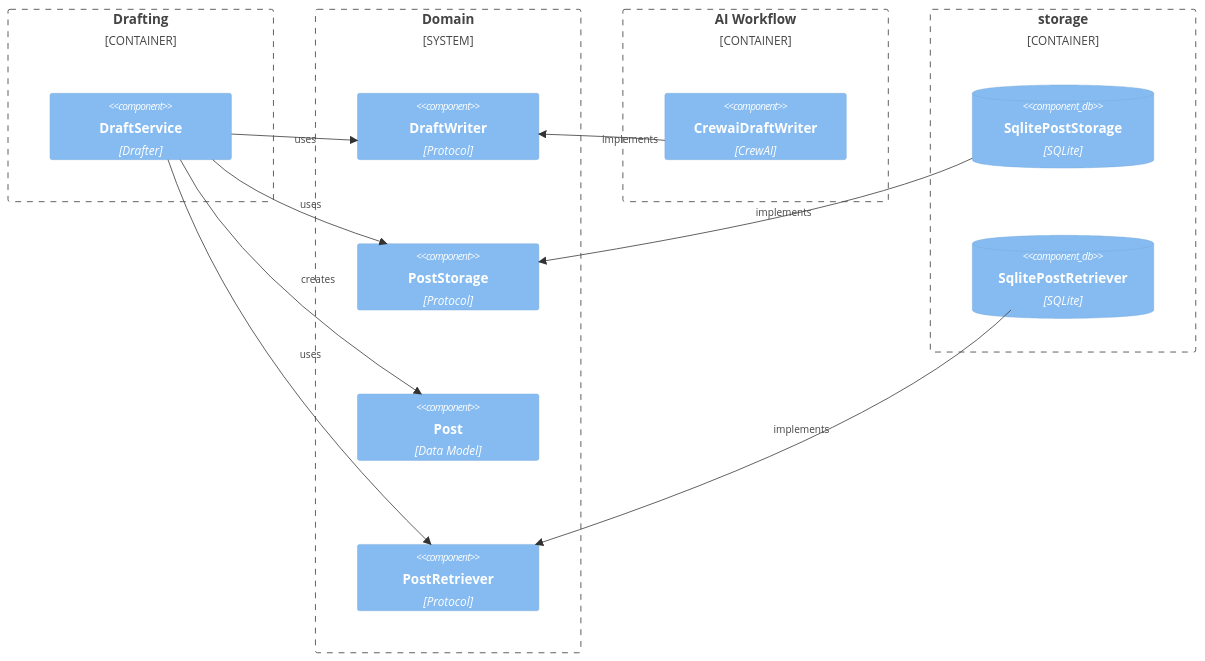
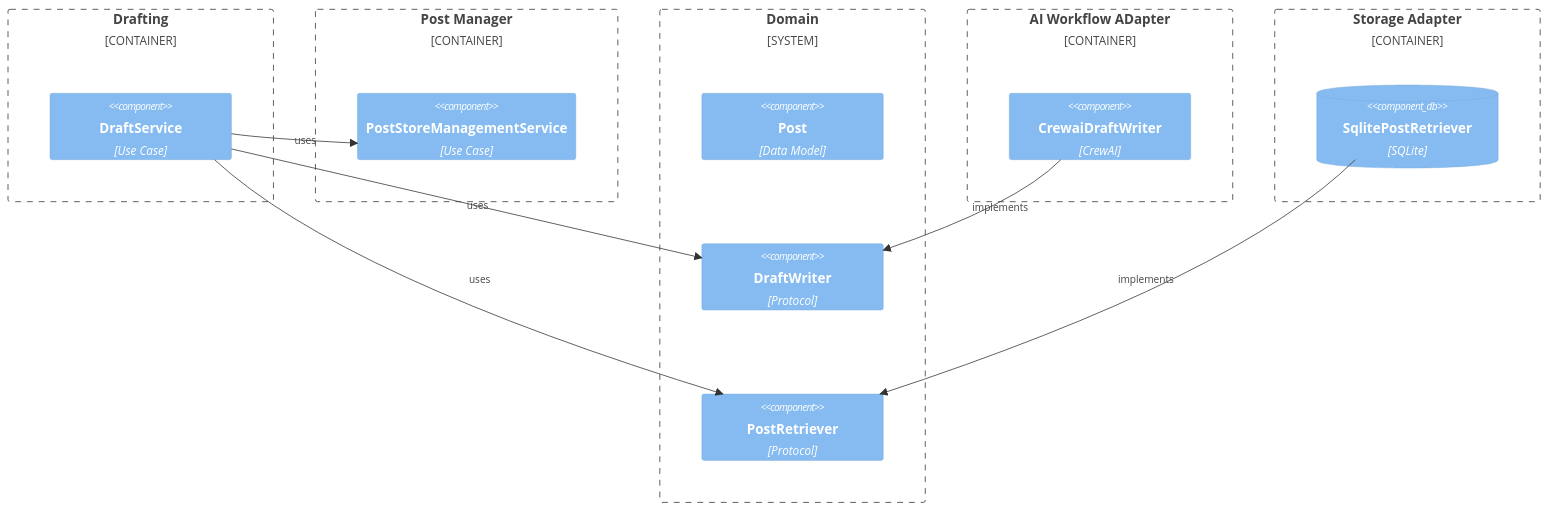
The second of 4 diagrams in src/linkedin_idea_to_post/README.md (ADarko22/linkedin-idea-to-post), drawn with Mermaid before and after one commit. The commit also changed other lines of this file and 15 other files, not shown here.

Commit message:
Rename and adopt PostPostManagementService in DraftService and CsvImport. Add documentation.

````diff
--- a/src/linkedin_idea_to_post/README.md
+++ b/src/linkedin_idea_to_post/README.md
@@ -7,31 +55,31 @@
 ```mermaid
-C4Component
+C4Container
     Container_Boundary(draft_b, "Drafting") {
-        Component(drafter, "DraftService", "Drafter")
+        Component(drafter, "DraftService", "Use Case")
+    }
+
+    Container_Boundary(post_manager_b, "Post Manager") {
+        Component(post_store_manager, "PostStoreManagementService", "Use Case")
     }
 
     System_Boundary(domain_b, "Domain") {
+        Component(post_m, "Post", "Data Model")
         Component(writer_p, "DraftWriter", "Protocol")
-        Component(storage_p, "PostStorage", "Protocol")
-        Component(post_m, "Post", "Data Model")
         Component(retriever_p, "PostRetriever", "Protocol")
     }
 
-    Container_Boundary(workflow_b, "AI Workflow") {
+    Container_Boundary(workflow_b, "AI Workflow ADapter") {
         Component(writer, "CrewaiDraftWriter", "CrewAI")
     }
-    
-    Container_Boundary(storage_b, "storage") {
-        ComponentDb(storage, "SqlitePostStorage", "SQLite")
+
+    Container_Boundary(storage_b, "Storage Adapter") {
         ComponentDb(retriever, "SqlitePostRetriever", "SQLite")
     }
 
     Rel_R(drafter, writer_p, "uses")
-    Rel_R(drafter, post_m, "creates")
-    Rel_R(drafter, storage_p, "uses")
+    Rel_R(drafter, post_store_manager, "uses")
     Rel_R(drafter, retriever_p, "uses")
     Rel_L(writer, writer_p, "implements")
-    Rel_L(storage, storage_p, "implements")
     Rel_L(retriever, retriever_p, "implements")
-    UpdateLayoutConfig($c4ShapeInRow="1", $c4BoundaryInRow="4")
+    UpdateLayoutConfig($c4ShapeInRow="1", $c4BoundaryInRow="5")
 ```
````
